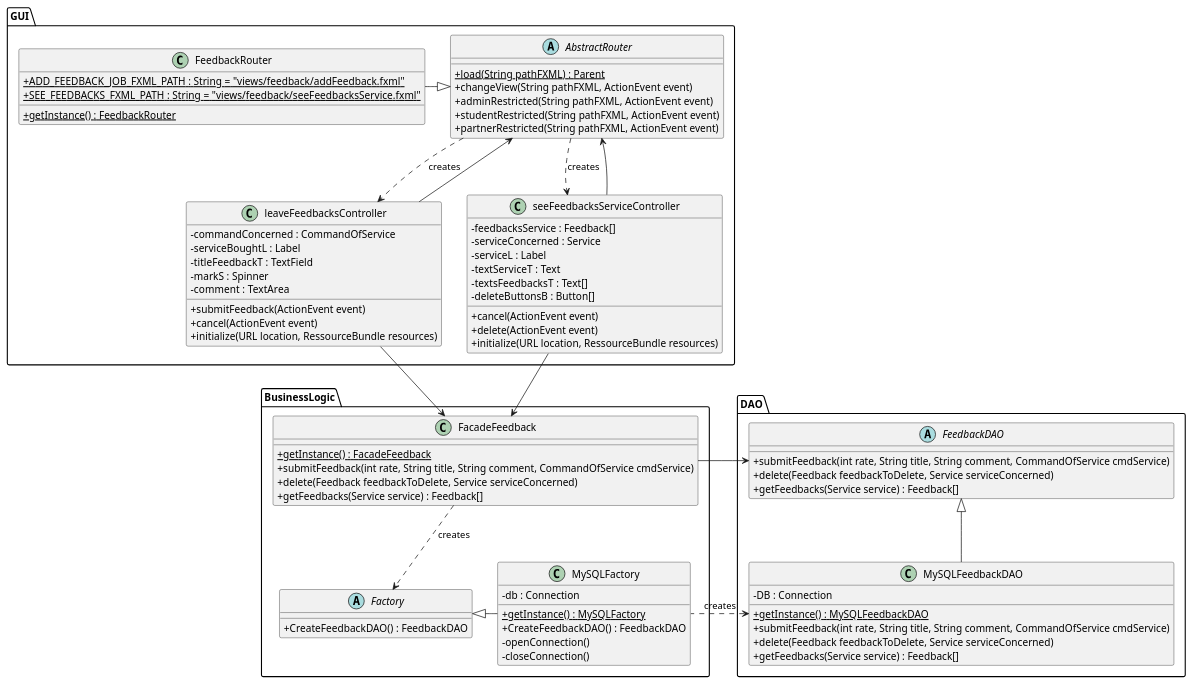
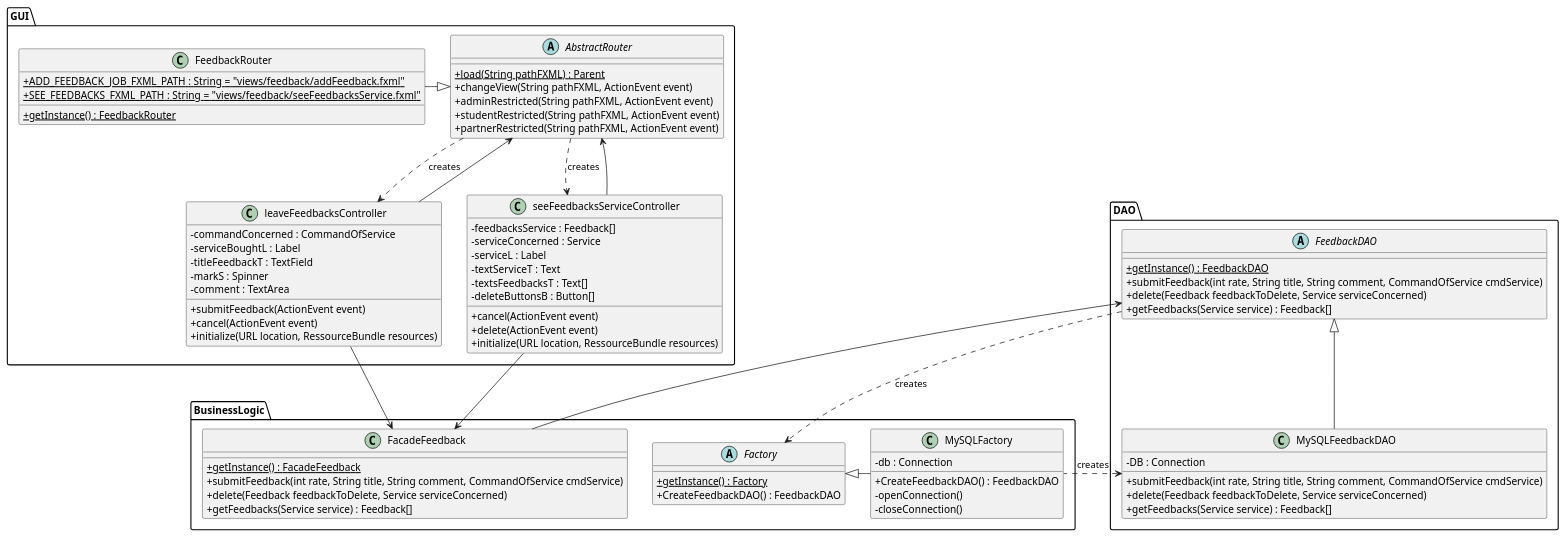
One commit to guiguie34/StudEasy changed the diagram in project_diagrams/classDiagrams/feedbackManagement.puml. Above: the diagram before and after it, drawn with PlantUML. The commit also changed 10 other files, not shown here.

Commit message:
Final fix : class diagrams

```diff
--- a/project_diagrams/classDiagrams/feedbackManagement.puml
+++ b/project_diagrams/classDiagrams/feedbackManagement.puml
@@ -1,101 +1,101 @@
 @startuml
 skinparam classAttributeIconSize 0
 
 package GUI{
     abstract class AbstractRouter{
         + {static} load(String pathFXML) : Parent
         + changeView(String pathFXML, ActionEvent event)
         + adminRestricted(String pathFXML, ActionEvent event)
         + studentRestricted(String pathFXML, ActionEvent event)
         + partnerRestricted(String pathFXML, ActionEvent event)
     }
 
     class FeedbackRouter{
         + {static} ADD_FEEDBACK_JOB_FXML_PATH : String = "views/feedback/addFeedback.fxml"
         + {static} SEE_FEEDBACKS_FXML_PATH : String = "views/feedback/seeFeedbacksService.fxml"
         + {static} getInstance() : FeedbackRouter
 
     }
 
     class leaveFeedbacksController{
         - commandConcerned : CommandOfService
         - serviceBoughtL : Label
         - titleFeedbackT : TextField
         - markS : Spinner
         - comment : TextArea
         + submitFeedback(ActionEvent event)
         + cancel(ActionEvent event)
         + initialize(URL location, RessourceBundle resources)
     }
 
     class seeFeedbacksServiceController{
         - feedbacksService : Feedback[]
         - serviceConcerned : Service
         - serviceL : Label
         - textServiceT : Text
         - textsFeedbacksT : Text[]
         - deleteButtonsB : Button[]
         + cancel(ActionEvent event)
         + delete(ActionEvent event)
         + initialize(URL location, RessourceBundle resources)
     }
 
     FeedbackRouter -right-|> AbstractRouter
 
     leaveFeedbacksController --> AbstractRouter
     seeFeedbacksServiceController --> AbstractRouter
 
     AbstractRouter ..> leaveFeedbacksController : creates
     AbstractRouter ..> seeFeedbacksServiceController : creates
 }
 
 package BusinessLogic{
     class FacadeFeedback{
         + {static} getInstance() : FacadeFeedback
         + submitFeedback(int rate, String title, String comment, CommandOfService cmdService)
         + delete(Feedback feedbackToDelete, Service serviceConcerned)
         + getFeedbacks(Service service) : Feedback[]
     }
 
     abstract class Factory{
+        + {static} getInstance() : Factory
         + CreateFeedbackDAO() : FeedbackDAO
     }
 
     class MySQLFactory{
         - db : Connection
-        + {static} getInstance() : MySQLFactory
         + CreateFeedbackDAO() : FeedbackDAO
         - openConnection()
         - closeConnection()
     }
 
     leaveFeedbacksController --> FacadeFeedback
     seeFeedbacksServiceController --> FacadeFeedback
 
-    FacadeFeedback ..> Factory  : creates
     MySQLFactory -left-|> Factory
 }
 
 package DAO{
     abstract class FeedbackDAO{
+        + {static} getInstance() : FeedbackDAO
         + submitFeedback(int rate, String title, String comment, CommandOfService cmdService)
         + delete(Feedback feedbackToDelete, Service serviceConcerned)
         + getFeedbacks(Service service) : Feedback[]
     }
 
     class MySQLFeedbackDAO{
         - DB : Connection
-        + {static} getInstance() : MySQLFeedbackDAO
         + submitFeedback(int rate, String title, String comment, CommandOfService cmdService)
         + delete(Feedback feedbackToDelete, Service serviceConcerned)
         + getFeedbacks(Service service) : Feedback[]
     }
 
     MySQLFeedbackDAO -up-|> FeedbackDAO
     FeedbackDAO <-right- FacadeFeedback
 
+    FeedbackDAO ..> Factory  : creates
     MySQLFeedbackDAO <.right. MySQLFactory : creates
 
 }
 
 @enduml
```
